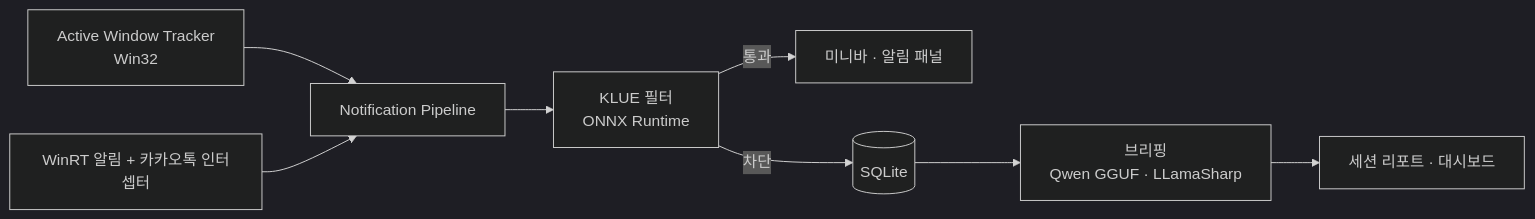
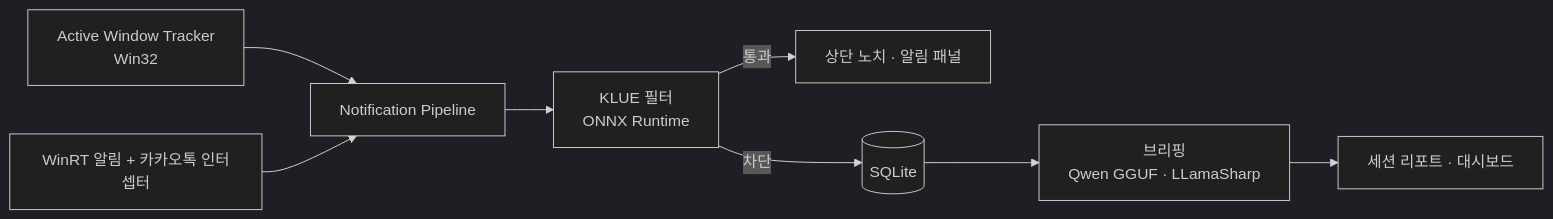
Before and after one commit to AIoish/ALTONG_client: the diagram in README.md, drawn with Mermaid (dark theme). The commit also changed other lines of this file and 21 other files, not shown here.

````diff
--- a/README.md
+++ b/README.md
@@ -27,10 +27,10 @@
 ```mermaid
 flowchart LR
     AW["Active Window Tracker<br/>Win32"] --> P[Notification Pipeline]
     NL["WinRT 알림 + 카카오톡 인터셉터"] --> P
     P --> F["KLUE 필터<br/>ONNX Runtime"]
-    F -->|통과| UI["미니바 · 알림 패널"]
+    F -->|통과| UI["상단 노치 · 알림 패널"]
     F -->|차단| DB[(SQLite)]
     DB --> B["브리핑<br/>Qwen GGUF · LLamaSharp"]
     B --> R["세션 리포트 · 대시보드"]
 ```
````
